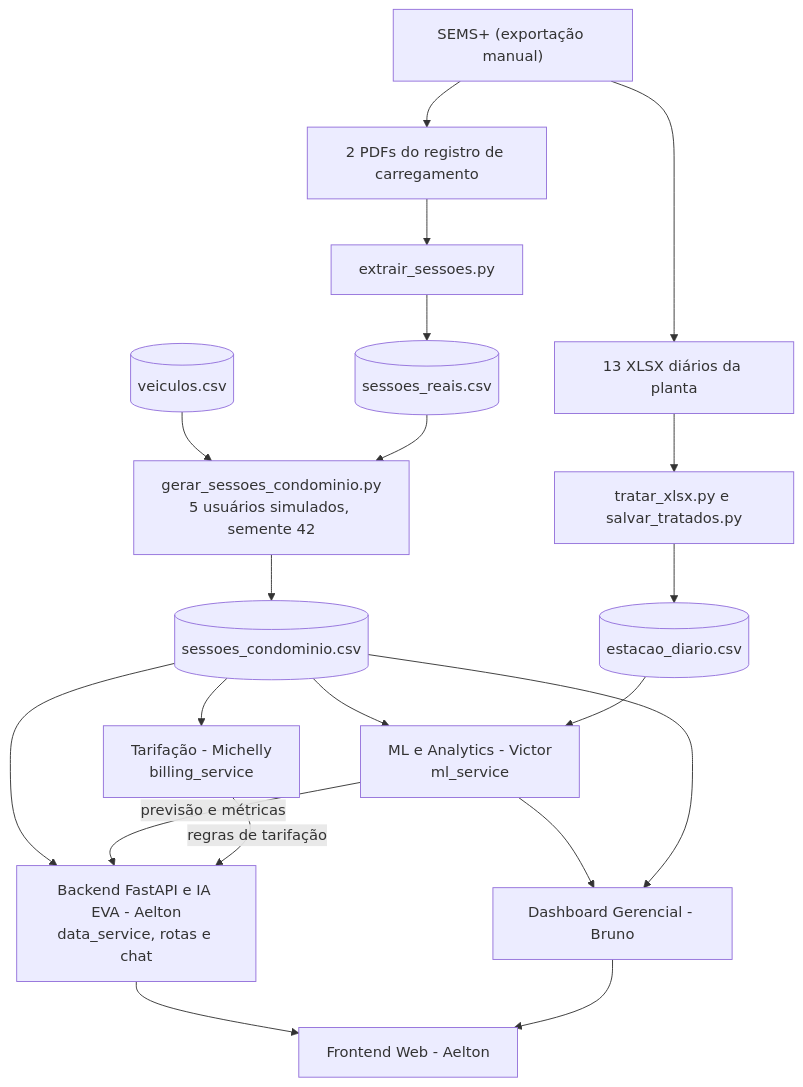
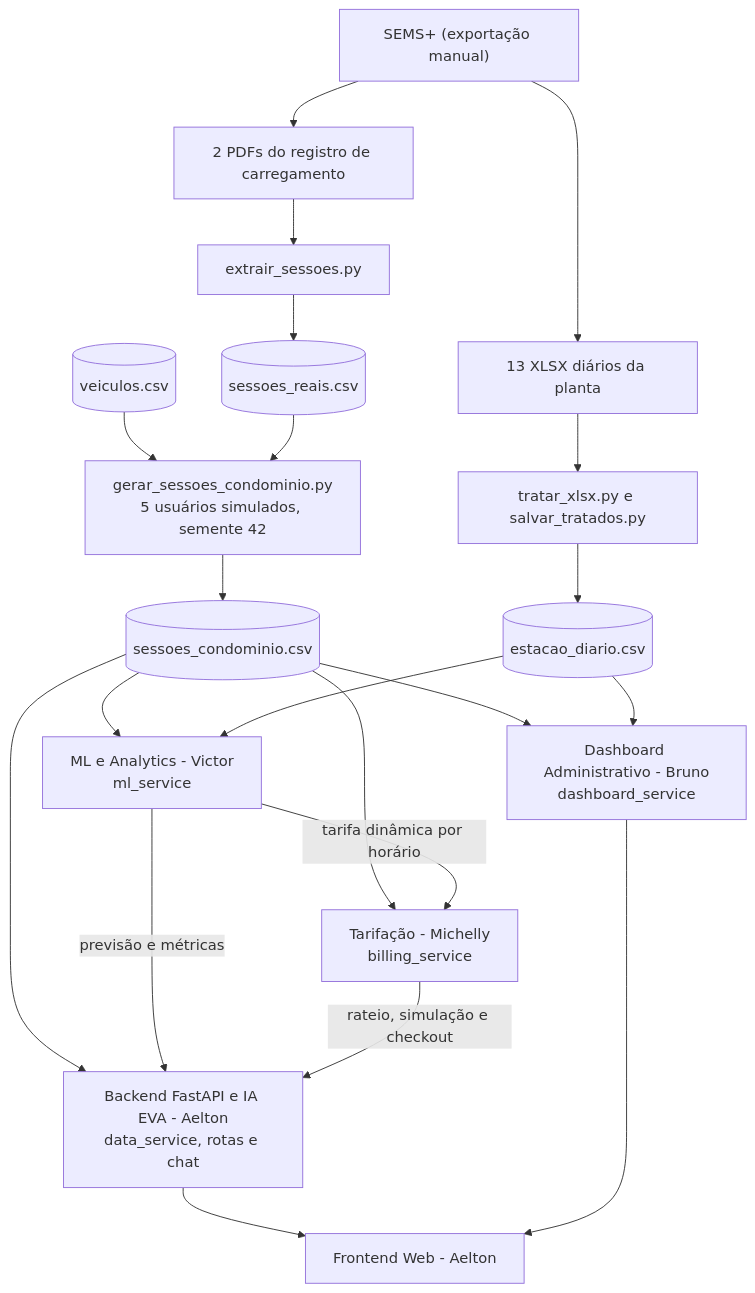
Before and after one commit to DevLounge-FIAP/EV_ChargeOps: the diagram in docs/Decisões Sprint 2.md, drawn with Mermaid. The commit also changed other lines of this file and 3 other files, not shown here.

Commit message:
Atualiza documento de decisões da Sprint 02 com novas informações e implementações; ajusta frontend para refletir mudanças na tarifa e potência do carregador; implementa checkout simulado com integração à API de tarifação; aprimora lógica de simulação de recarga e detalhamento de custos.

````diff
--- a/docs/Decisões Sprint 2.md
+++ b/docs/Decisões Sprint 2.md
@@ -100,25 +116,26 @@
 ```mermaid
 flowchart TD
     SEMS["SEMS+ (exportação manual)"] --> XLSX["13 XLSX diários da planta"]
     SEMS --> PDF["2 PDFs do registro de carregamento"]
     XLSX --> P1["tratar_xlsx.py e salvar_tratados.py"]
     PDF --> P2["extrair_sessoes.py"]
     P1 --> EST[("estacao_diario.csv")]
     P2 --> REAIS[("sessoes_reais.csv")]
     CAT[("veiculos.csv")] --> GER
     REAIS --> GER["gerar_sessoes_condominio.py<br/>5 usuários simulados, semente 42"]
     GER --> SESS[("sessoes_condominio.csv")]
  
     SESS --> BACK["Backend FastAPI e IA EVA - Aelton<br/>data_service, rotas e chat"]
     SESS --> PAY["Tarifação - Michelly<br/>billing_service"]
     SESS --> ML["ML e Analytics - Victor<br/>ml_service"]
     EST --> ML
  
+    ML -->|"tarifa dinâmica por horário"| PAY
     ML -->|"previsão e métricas"| BACK
-    PAY -->|"regras de tarifação"| BACK
-    ML --> DASH["Dashboard Gerencial - Bruno"]
-    SESS --> DASH
+    PAY -->|"rateio, simulação e checkout"| BACK
+    SESS --> DASH["Dashboard Administrativo - Bruno<br/>dashboard_service"]
+    EST --> DASH
  
     BACK --> FRONT["Frontend Web - Aelton"]
     DASH --> FRONT
 ```
````
